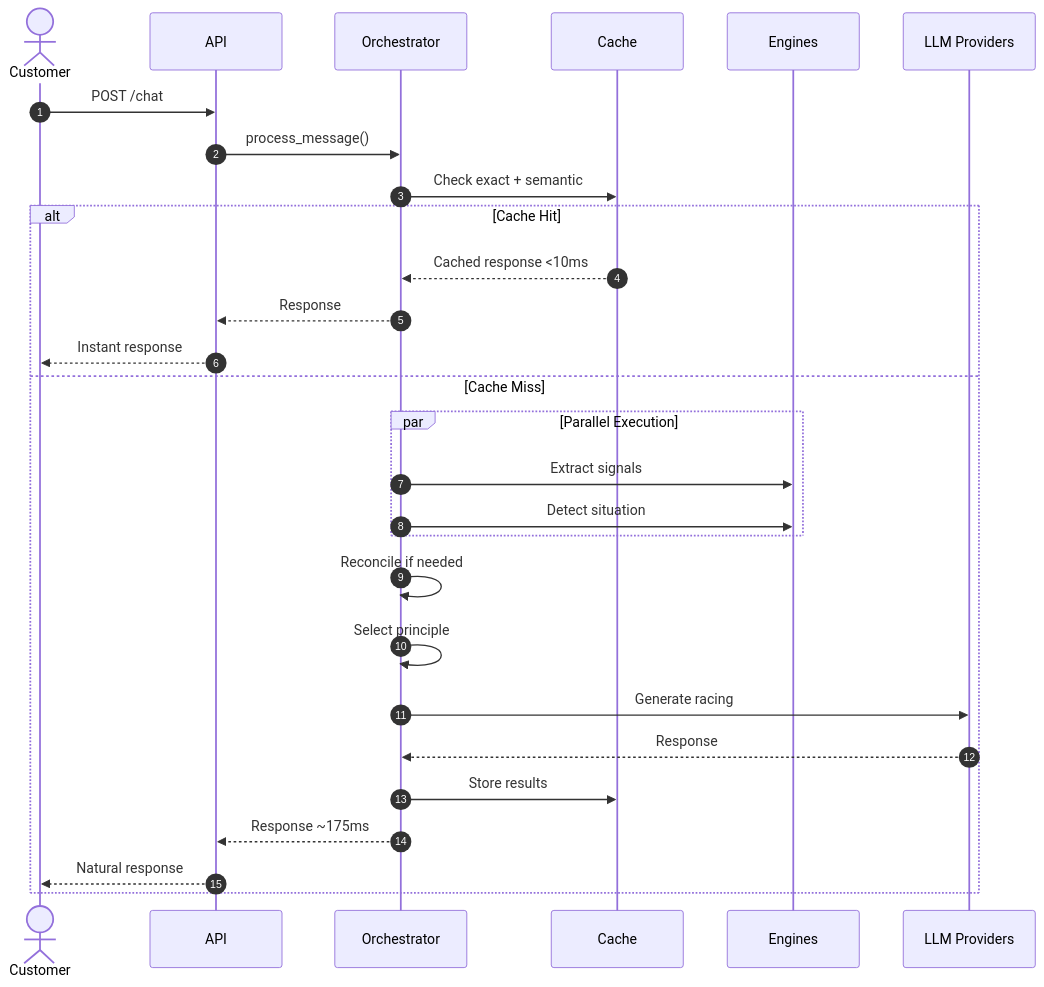
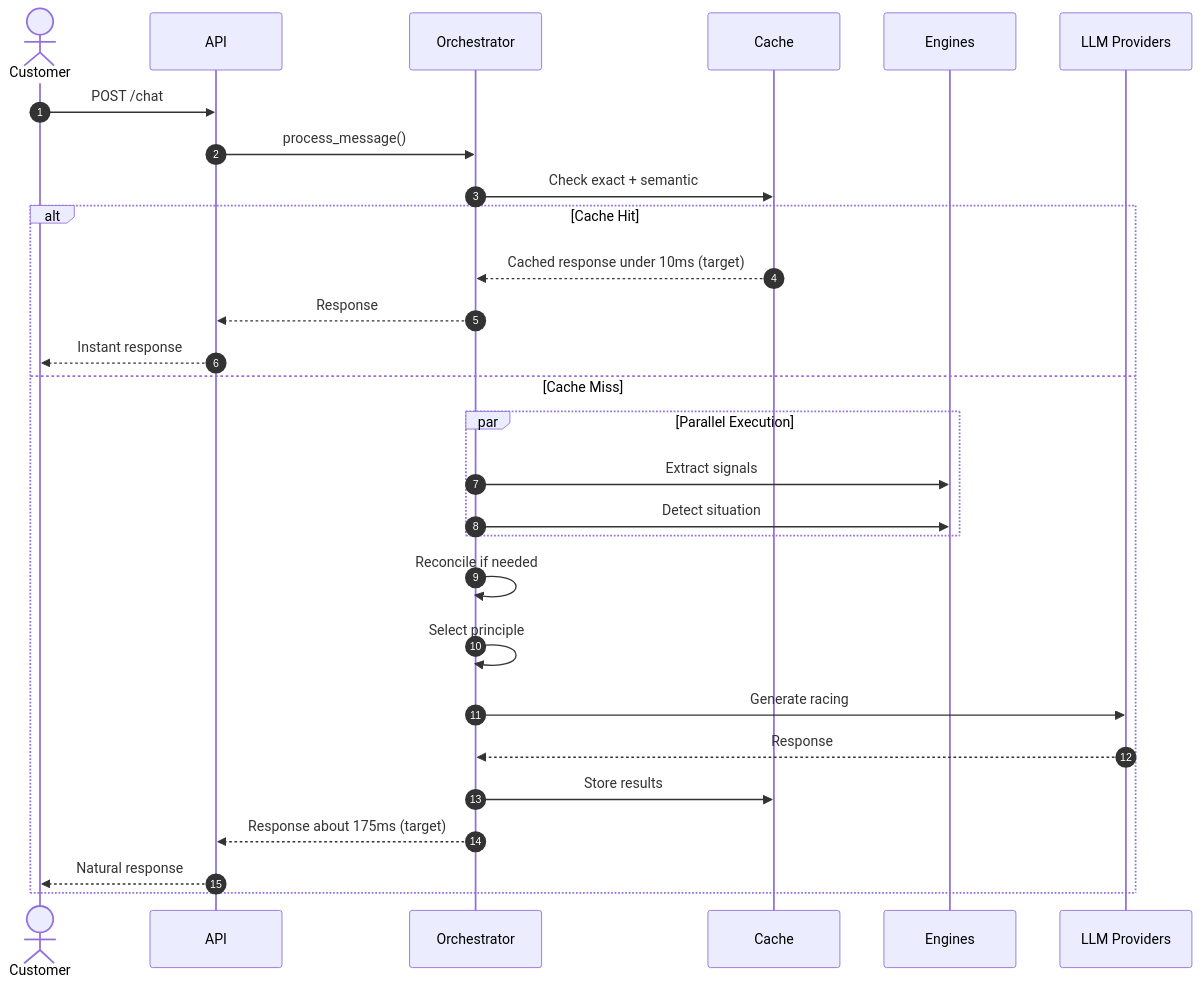
One commit to kjayashr/deal-closer changed the tenth of 10 diagrams in README.md. Above: the diagram before and after it, drawn with Mermaid. The commit also changed other lines of this file, not shown here.

Commit message:
Update README diagrams and metrics

````diff
--- a/README.md
+++ b/README.md
@@ -278,32 +340,32 @@
 ```mermaid
 sequenceDiagram
     autonumber
     actor Customer
     participant API
     participant Orchestrator
     participant Cache
     participant Engines
     participant LLMProviders as LLM Providers
 
     Customer->>API: POST /chat
     API->>Orchestrator: process_message()
     Orchestrator->>Cache: Check exact + semantic
     
     alt Cache Hit
-        Cache-->>Orchestrator: Cached response <10ms
+        Cache-->>Orchestrator: Cached response under 10ms (target)
         Orchestrator-->>API: Response
         API-->>Customer: Instant response
     else Cache Miss
         par Parallel Execution
             Orchestrator->>Engines: Extract signals
             Orchestrator->>Engines: Detect situation
         end
         Orchestrator->>Orchestrator: Reconcile if needed
         Orchestrator->>Orchestrator: Select principle
         Orchestrator->>LLMProviders: Generate racing
         LLMProviders-->>Orchestrator: Response
         Orchestrator->>Cache: Store results
-        Orchestrator-->>API: Response ~175ms
+        Orchestrator-->>API: Response about 175ms (target)
         API-->>Customer: Natural response
     end
 ```
````
